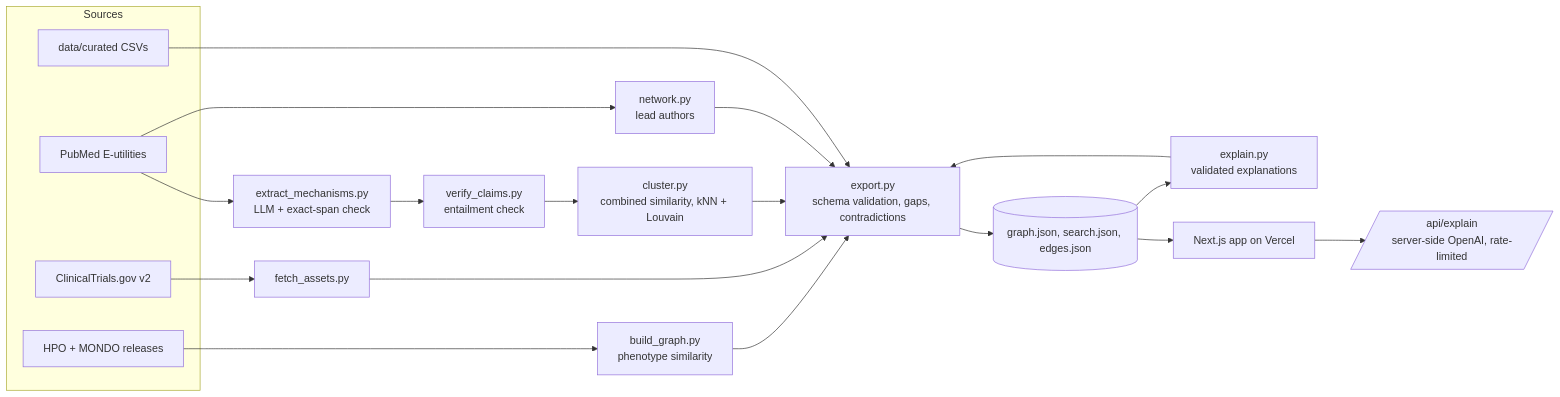
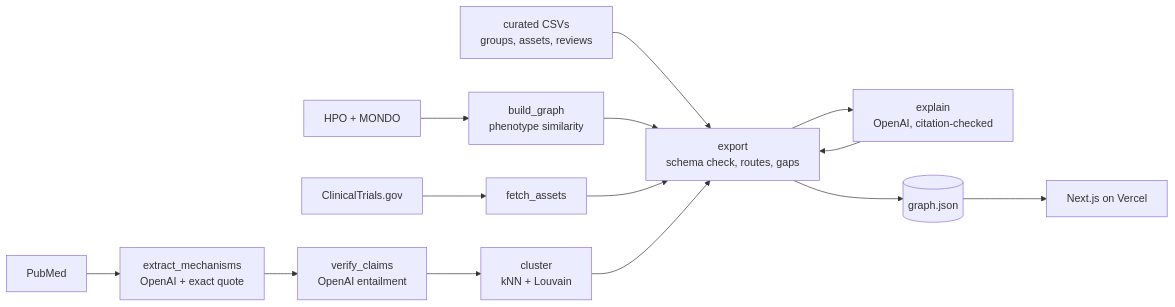
The diagram in README.md (Anthro-AI-Labs/rare-disease-atlas), drawn with Mermaid before and after one commit. The commit also changed other lines of this file and 15 other files, not shown here.

````diff
--- a/README.md
+++ b/README.md
@@ -24,25 +78,16 @@
 ```mermaid
 flowchart LR
-  subgraph Sources
-    HPO[HPO + MONDO releases]
-    PM[PubMed E-utilities]
-    CT[ClinicalTrials.gov v2]
-    CSV[data/curated CSVs]
-  end
-  HPO --> B[build_graph.py<br/>phenotype similarity]
-  CT --> T[fetch_assets.py]
-  PM --> X[extract_mechanisms.py<br/>LLM + exact-span check]
-  X --> V[verify_claims.py<br/>entailment check]
-  V --> C[cluster.py<br/>combined similarity, kNN + Louvain]
-  PM --> N[network.py<br/>lead authors]
-  B --> E[export.py<br/>schema validation, gaps, contradictions]
+  HPO[HPO + MONDO] --> B[build_graph<br/>phenotype similarity]
+  CT[ClinicalTrials.gov] --> T[fetch_assets]
+  PM[PubMed] --> X[extract_mechanisms<br/>OpenAI + exact quote]
+  X --> V[verify_claims<br/>OpenAI entailment]
+  V --> C[cluster<br/>kNN + Louvain]
+  CSV[curated CSVs<br/>groups, assets, reviews] --> E
+  B --> E[export<br/>schema check, routes, gaps]
   T --> E
   C --> E
-  N --> E
-  CSV --> E
-  E --> G[(graph.json, search.json, edges.json)]
-  G --> EX[explain.py<br/>validated explanations]
+  E --> EX[explain<br/>OpenAI, citation-checked]
   EX --> E
-  G --> W[Next.js app on Vercel]
-  W --> API[/api/explain<br/>server-side OpenAI, rate-limited/]
+  E --> G[(graph.json)]
+  G --> W[Next.js on Vercel]
 ```
````
